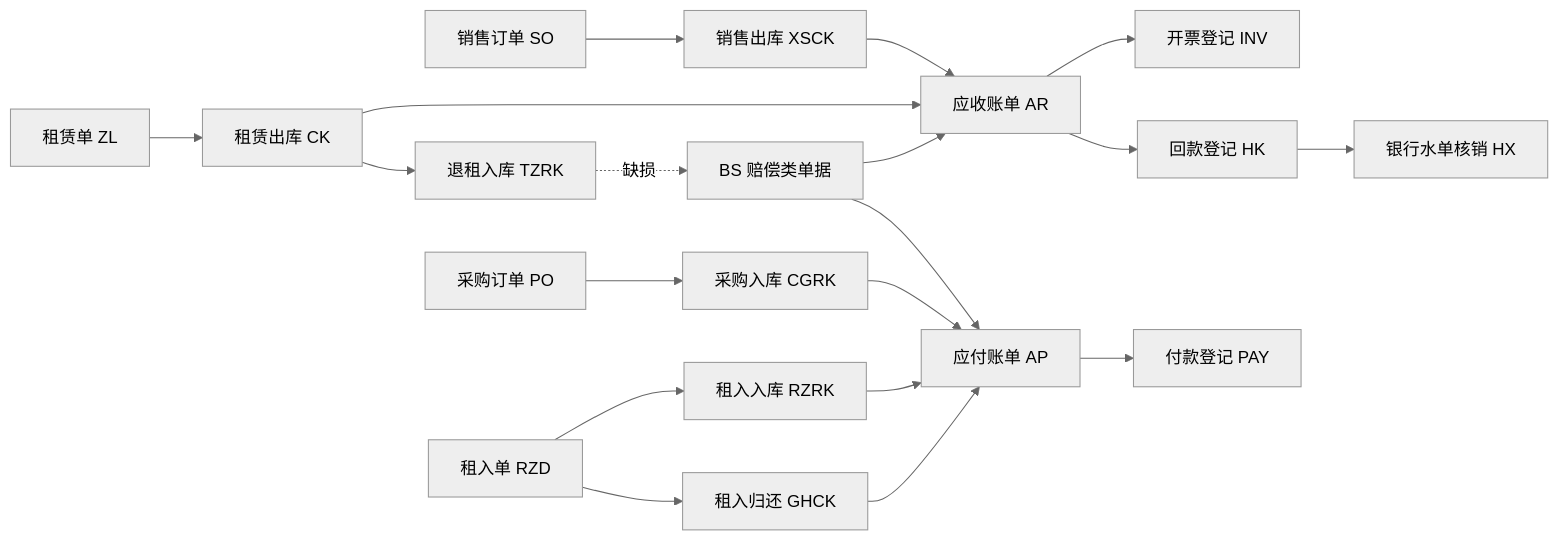
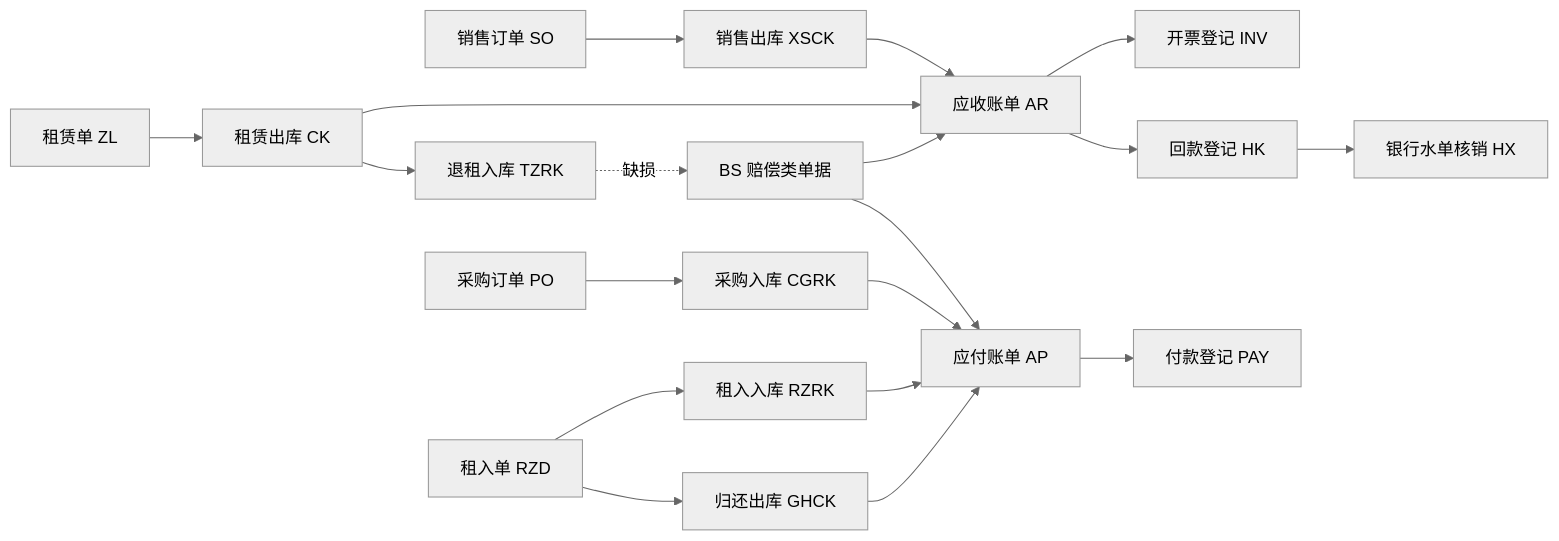
Before and after one commit to lyuxiaohei/auto-parts-rental: diagram 11 of 12 in P2-R01-产品需求文档.md, drawn with Mermaid (neutral theme). The commit also changed other lines of this file and 289 other files, not shown here.

````diff
--- a/P2-R01-产品需求文档.md
+++ b/P2-R01-产品需求文档.md
@@ -1315,14 +1319,14 @@
 ```mermaid
 flowchart LR
     SO[销售订单 SO] --> XSCK[销售出库 XSCK] --> AR[应收账单 AR]
     ZL[租赁单 ZL] --> CK[租赁出库 CK] --> TZRK[退租入库 TZRK]
     CK --> AR
     TZRK -.缺损.-> BS[BS 赔偿类单据] --> AR
     BS --> AP[应付账单 AP]
     PO[采购订单 PO] --> CGRK[采购入库 CGRK] --> AP
     RZD[租入单 RZD] --> RZRK[租入入库 RZRK] --> AP
-    RZD --> GHCK[租入归还 GHCK] --> AP
+    RZD --> GHCK[归还出库 GHCK] --> AP
     AR --> INV[开票登记 INV]
     AR --> HK[回款登记 HK] --> HX[银行水单核销 HX]
     AP --> PAY[付款登记 PAY]
 ```
````
